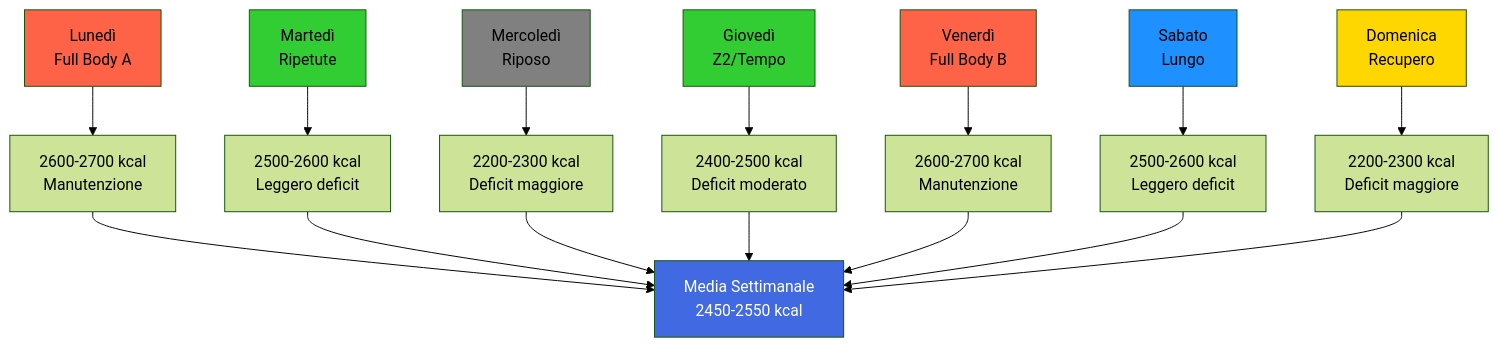
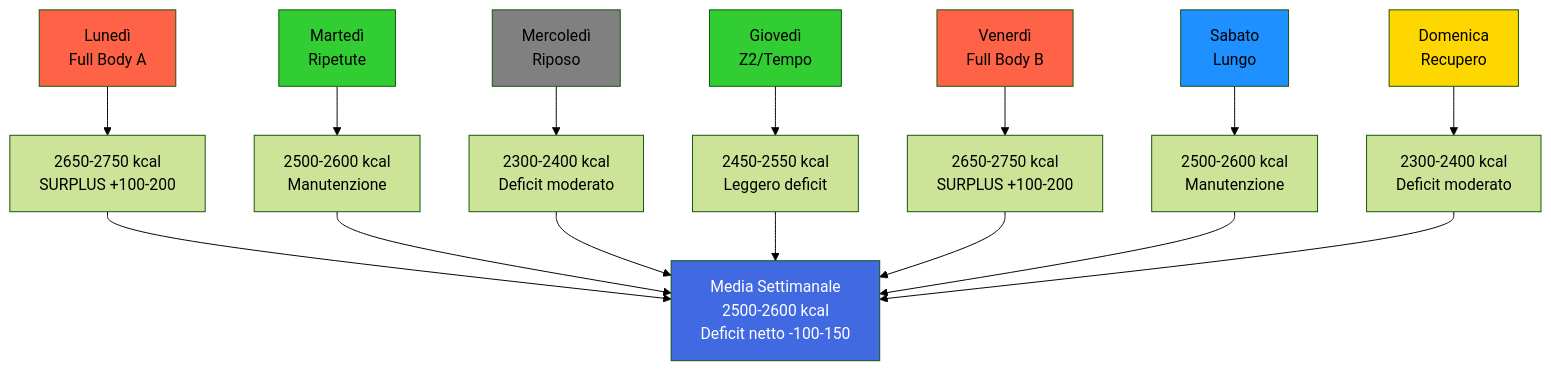
Before and after one commit to negativebrain/PianoAllenamento: the seventh of 11 diagrams in Diagramma_Periodizzazione.md, drawn with Mermaid (forest theme). The commit also changed other lines of this file and 3 other files, not shown here.

````diff
--- a/Diagramma_Periodizzazione.md
+++ b/Diagramma_Periodizzazione.md
@@ -179,27 +186,27 @@
 ```mermaid
 graph TD
-    A[Lunedì<br/>Full Body A] --> A1[2600-2700 kcal<br/>Manutenzione]
-    B[Martedì<br/>Ripetute] --> B1[2500-2600 kcal<br/>Leggero deficit]
-    C[Mercoledì<br/>Riposo] --> C1[2200-2300 kcal<br/>Deficit maggiore]
-    D[Giovedì<br/>Z2/Tempo] --> D1[2400-2500 kcal<br/>Deficit moderato]
-    E[Venerdì<br/>Full Body B] --> E1[2600-2700 kcal<br/>Manutenzione]
-    F[Sabato<br/>Lungo] --> F1[2500-2600 kcal<br/>Leggero deficit]
-    G[Domenica<br/>Recupero] --> G1[2200-2300 kcal<br/>Deficit maggiore]
+    A[Lunedì<br/>Full Body A] --> A1[2650-2750 kcal<br/>SURPLUS +100-200]
+    B[Martedì<br/>Ripetute] --> B1[2500-2600 kcal<br/>Manutenzione]
+    C[Mercoledì<br/>Riposo] --> C1[2300-2400 kcal<br/>Deficit moderato]
+    D[Giovedì<br/>Z2/Tempo] --> D1[2450-2550 kcal<br/>Leggero deficit]
+    E[Venerdì<br/>Full Body B] --> E1[2650-2750 kcal<br/>SURPLUS +100-200]
+    F[Sabato<br/>Lungo] --> F1[2500-2600 kcal<br/>Manutenzione]
+    G[Domenica<br/>Recupero] --> G1[2300-2400 kcal<br/>Deficit moderato]
     
-    A1 --> H[Media Settimanale<br/>2450-2550 kcal]
+    A1 --> H[Media Settimanale<br/>2500-2600 kcal<br/>Deficit netto -100-150]
     B1 --> H
     C1 --> H
     D1 --> H
     E1 --> H
     F1 --> H
     G1 --> H
     
     style A fill:#FF6347
     style B fill:#32CD32
     style C fill:#808080
     style D fill:#32CD32
     style E fill:#FF6347
     style F fill:#1E90FF
     style G fill:#FFD700
     style H fill:#4169E1,color:#fff
 ```
````
